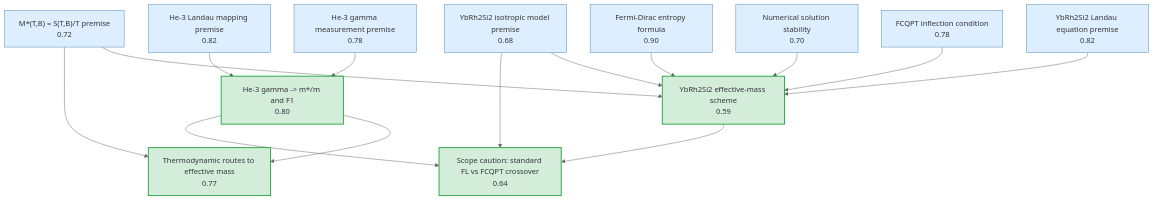
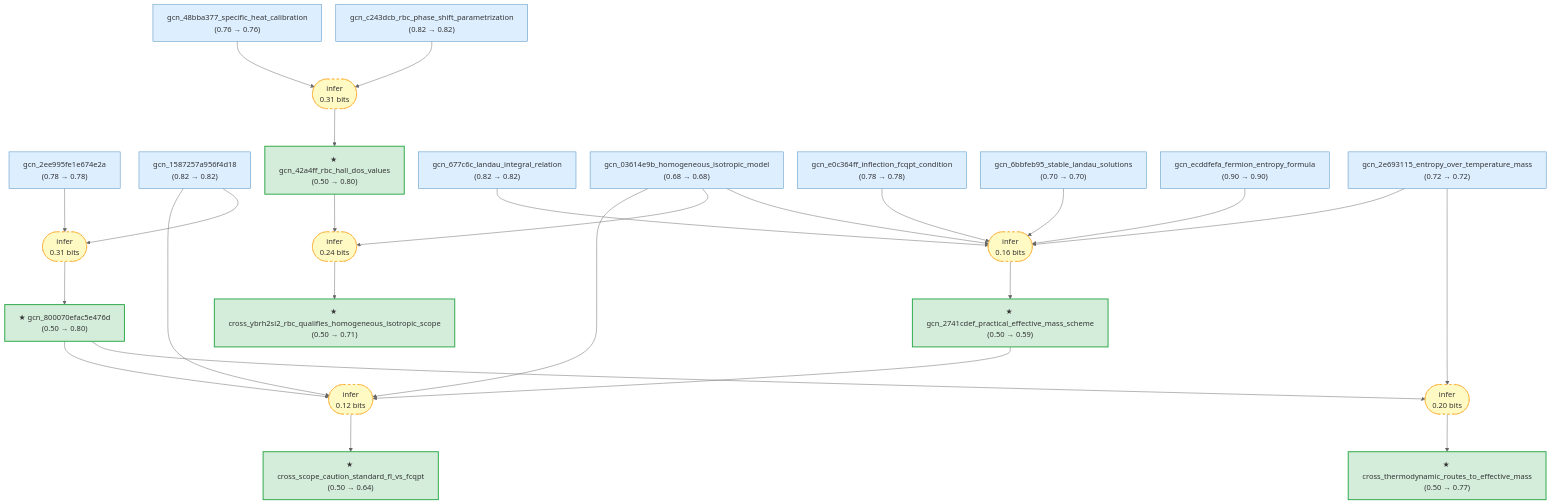
One commit to Callo42/fermi-liquid-effective-mass-gaia changed the diagram in README.md. Above: the diagram before and after it, drawn with Mermaid (neutral theme). The commit also changed other lines of this file and 65 other files, not shown here.

First line of the commit message:
Extend YbRh2Si2 effective-mass graph with RBC evidence

````diff
--- a/README.md
+++ b/README.md
@@ -15,32 +17,60 @@
 ```mermaid
+---
+config:
+  flowchart:
+    rankSpacing: 80
+    nodeSpacing: 30
+---
 graph TB
-    gcn_2ee995fe1e674e2a["He-3 gamma measurement premise\n0.78"]:::premise
-    gcn_1587257a956f4d18["He-3 Landau mapping premise\n0.82"]:::premise
-    gcn_800070efac5e476d["He-3 gamma -> m*/m and F1\n0.80"]:::exported
-    gcn_677c6c_landau_integral_relation["YbRh2Si2 Landau equation premise\n0.82"]:::premise
-    gcn_03614e9b_homogeneous_isotropic_model["YbRh2Si2 isotropic model premise\n0.68"]:::premise
-    gcn_e0c364ff_inflection_fcqpt_condition["FCQPT inflection condition\n0.78"]:::premise
-    gcn_6bbfeb95_stable_landau_solutions["Numerical solution stability\n0.70"]:::premise
-    gcn_ecddfefa_fermion_entropy_formula["Fermi-Dirac entropy formula\n0.90"]:::premise
-    gcn_2e693115_entropy_over_temperature_mass["M*(T,B) = S(T,B)/T premise\n0.72"]:::premise
-    gcn_2741cdef_practical_effective_mass_scheme["YbRh2Si2 effective-mass scheme\n0.59"]:::exported
-    cross_thermodynamic_routes_to_effective_mass["Thermodynamic routes to effective mass\n0.77"]:::exported
-    cross_scope_caution_standard_fl_vs_fcqpt["Scope caution: standard FL vs FCQPT crossover\n0.64"]:::exported
-
-    gcn_2ee995fe1e674e2a --> gcn_800070efac5e476d
-    gcn_1587257a956f4d18 --> gcn_800070efac5e476d
-    gcn_677c6c_landau_integral_relation --> gcn_2741cdef_practical_effective_mass_scheme
-    gcn_03614e9b_homogeneous_isotropic_model --> gcn_2741cdef_practical_effective_mass_scheme
-    gcn_e0c364ff_inflection_fcqpt_condition --> gcn_2741cdef_practical_effective_mass_scheme
-    gcn_6bbfeb95_stable_landau_solutions --> gcn_2741cdef_practical_effective_mass_scheme
-    gcn_ecddfefa_fermion_entropy_formula --> gcn_2741cdef_practical_effective_mass_scheme
-    gcn_2e693115_entropy_over_temperature_mass --> gcn_2741cdef_practical_effective_mass_scheme
-    gcn_800070efac5e476d --> cross_thermodynamic_routes_to_effective_mass
-    gcn_2e693115_entropy_over_temperature_mass --> cross_thermodynamic_routes_to_effective_mass
-    gcn_800070efac5e476d --> cross_scope_caution_standard_fl_vs_fcqpt
-    gcn_2741cdef_practical_effective_mass_scheme --> cross_scope_caution_standard_fl_vs_fcqpt
-    gcn_03614e9b_homogeneous_isotropic_model --> cross_scope_caution_standard_fl_vs_fcqpt
+    gcn_2ee995fe1e674e2a["gcn_2ee995fe1e674e2a\n(0.78 → 0.78)"]:::premise
+    gcn_1587257a956f4d18["gcn_1587257a956f4d18\n(0.82 → 0.82)"]:::premise
+    gcn_800070efac5e476d["★ gcn_800070efac5e476d\n(0.50 → 0.80)"]:::exported
+    gcn_c243dcb_rbc_phase_shift_parametrization["gcn_c243dcb_rbc_phase_shift_parametrization\n(0.82 → 0.82)"]:::premise
+    gcn_48bba377_specific_heat_calibration["gcn_48bba377_specific_heat_calibration\n(0.76 → 0.76)"]:::premise
+    gcn_42a4ff_rbc_hall_dos_values["★ gcn_42a4ff_rbc_hall_dos_values\n(0.50 → 0.80)"]:::exported
+    gcn_677c6c_landau_integral_relation["gcn_677c6c_landau_integral_relation\n(0.82 → 0.82)"]:::premise
+    gcn_03614e9b_homogeneous_isotropic_model["gcn_03614e9b_homogeneous_isotropic_model\n(0.68 → 0.68)"]:::premise
+    gcn_e0c364ff_inflection_fcqpt_condition["gcn_e0c364ff_inflection_fcqpt_condition\n(0.78 → 0.78)"]:::premise
+    gcn_6bbfeb95_stable_landau_solutions["gcn_6bbfeb95_stable_landau_solutions\n(0.70 → 0.70)"]:::premise
+    gcn_ecddfefa_fermion_entropy_formula["gcn_ecddfefa_fermion_entropy_formula\n(0.90 → 0.90)"]:::premise
+    gcn_2e693115_entropy_over_temperature_mass["gcn_2e693115_entropy_over_temperature_mass\n(0.72 → 0.72)"]:::premise
+    gcn_2741cdef_practical_effective_mass_scheme["★ gcn_2741cdef_practical_effective_mass_scheme\n(0.50 → 0.59)"]:::exported
+    cross_thermodynamic_routes_to_effective_mass["★ cross_thermodynamic_routes_to_effective_mass\n(0.50 → 0.77)"]:::exported
+    cross_scope_caution_standard_fl_vs_fcqpt["★ cross_scope_caution_standard_fl_vs_fcqpt\n(0.50 → 0.64)"]:::exported
+    cross_ybrh2si2_rbc_qualifies_homogeneous_isotropic_scope["★ cross_ybrh2si2_rbc_qualifies_homogeneous_isotropic_scope\n(0.50 → 0.71)"]:::exported
+    strat_0(["infer\n0.12 bits"]):::weak
+    gcn_03614e9b_homogeneous_isotropic_model --> strat_0
+    gcn_1587257a956f4d18 --> strat_0
+    gcn_2741cdef_practical_effective_mass_scheme --> strat_0
+    gcn_800070efac5e476d --> strat_0
+    strat_0 --> cross_scope_caution_standard_fl_vs_fcqpt
+    strat_1(["infer\n0.24 bits"]):::weak
+    gcn_03614e9b_homogeneous_isotropic_model --> strat_1
+    gcn_42a4ff_rbc_hall_dos_values --> strat_1
+    strat_1 --> cross_ybrh2si2_rbc_qualifies_homogeneous_isotropic_scope
+    strat_2(["infer\n0.16 bits"]):::weak
+    gcn_03614e9b_homogeneous_isotropic_model --> strat_2
+    gcn_2e693115_entropy_over_temperature_mass --> strat_2
+    gcn_677c6c_landau_integral_relation --> strat_2
+    gcn_6bbfeb95_stable_landau_solutions --> strat_2
+    gcn_e0c364ff_inflection_fcqpt_condition --> strat_2
+    gcn_ecddfefa_fermion_entropy_formula --> strat_2
+    strat_2 --> gcn_2741cdef_practical_effective_mass_scheme
+    strat_3(["infer\n0.31 bits"]):::weak
+    gcn_1587257a956f4d18 --> strat_3
+    gcn_2ee995fe1e674e2a --> strat_3
+    strat_3 --> gcn_800070efac5e476d
+    strat_4(["infer\n0.20 bits"]):::weak
+    gcn_2e693115_entropy_over_temperature_mass --> strat_4
+    gcn_800070efac5e476d --> strat_4
+    strat_4 --> cross_thermodynamic_routes_to_effective_mass
+    strat_5(["infer\n0.31 bits"]):::weak
+    gcn_48bba377_specific_heat_calibration --> strat_5
+    gcn_c243dcb_rbc_phase_shift_parametrization --> strat_5
+    strat_5 --> gcn_42a4ff_rbc_hall_dos_values
 
     classDef premise fill:#ddeeff,stroke:#4488bb,color:#333
     classDef exported fill:#d4edda,stroke:#28a745,stroke-width:2px,color:#333
+    classDef weak fill:#fff9c4,stroke:#f9a825,stroke-dasharray: 5 5,color:#333
+    classDef contra fill:#ffebee,stroke:#c62828,color:#333
 ```
````
